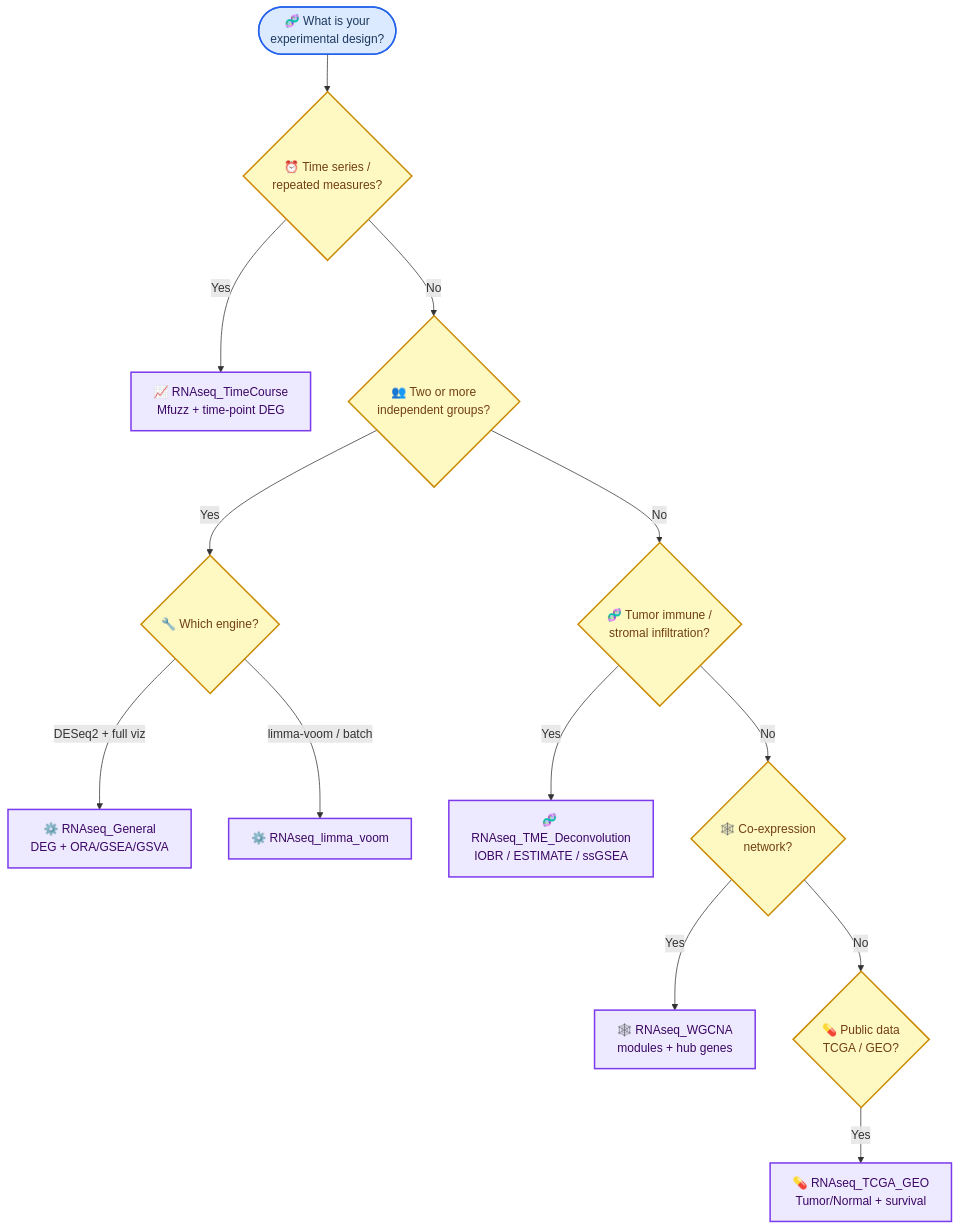
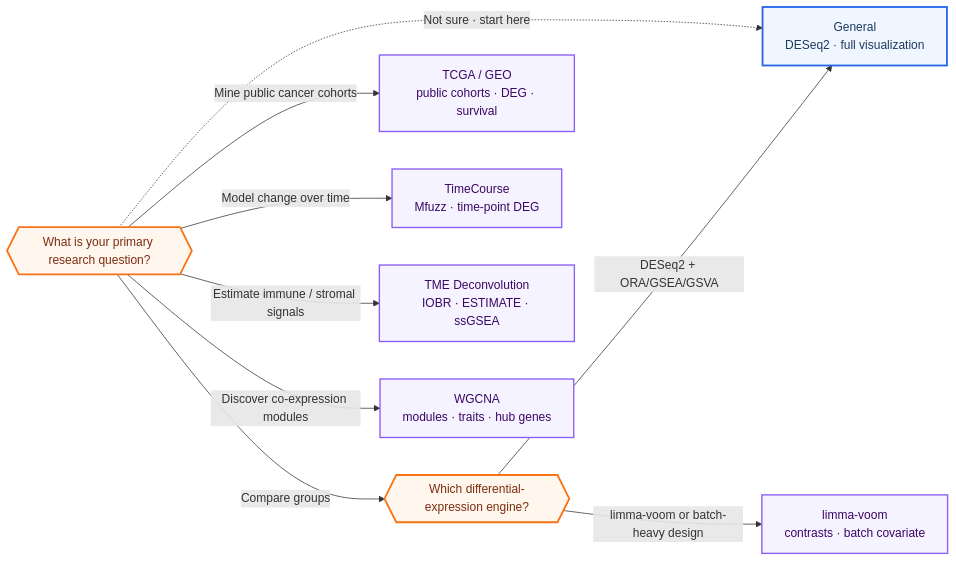
Before and after one commit to yelu61/RNAseq-Templates: the diagram in references/TEMPLATE_SELECTION.md, drawn with Mermaid. The commit also changed 4 other files, not shown here.

Commit message:
Improve Mermaid workflows and clarify TME network requirements

````diff
--- a/references/TEMPLATE_SELECTION.md
+++ b/references/TEMPLATE_SELECTION.md
@@ -18,31 +18,33 @@
 ```mermaid
-flowchart TD
+flowchart LR
     accTitle: Template Selection Decision Flow
-    accDescr: A decision tree that starts from the experimental design and routes to the recommended RNAseq notebook template based on whether the data is a time series, independent groups, tumor microenvironment, a co-expression network, or public TCGA/GEO data.
+    accDescr: Select an RNA-seq template from the primary research question. Public cohort mining, longitudinal change, immune deconvolution, and co-expression analysis route directly to specialized templates; differential expression routes to a choice between DESeq2 and limma-voom.
 
-    start([🧬 What is your<br/>experimental design?])
+    question{{"What is your primary research question?"}}
+    engine{{"Which differential-expression engine?"}}
 
-    start --> time_q{⏰ Time series /<br/>repeated measures?}
-    time_q -->|Yes| timecourse[📈 RNAseq_TimeCourse<br/>Mfuzz + time-point DEG]
-    time_q -->|No| group_q{👥 Two or more<br/>independent groups?}
+    tcga["TCGA / GEO<br/>public cohorts · DEG · survival"]
+    timecourse["TimeCourse<br/>Mfuzz · time-point DEG"]
+    tme["TME Deconvolution<br/>IOBR · ESTIMATE · ssGSEA"]
+    wgcna["WGCNA<br/>modules · traits · hub genes"]
+    general["General<br/>DESeq2 · full visualization"]
+    limma["limma-voom<br/>contrasts · batch covariate"]
 
-    group_q -->|Yes| pref_q{🔧 Which engine?}
-    pref_q -->|DESeq2 + full viz| general[⚙️ RNAseq_General<br/>DEG + ORA/GSEA/GSVA]
-    pref_q -->|limma-voom / batch| limma[⚙️ RNAseq_limma_voom]
+    question -->|"Mine public cancer cohorts"| tcga
+    question -->|"Model change over time"| timecourse
+    question -->|"Estimate immune / stromal signals"| tme
+    question -->|"Discover co-expression modules"| wgcna
+    question -->|"Compare groups"| engine
+    question -.->|"Not sure · start here"| general
 
-    group_q -->|No| tme_q{🧬 Tumor immune /<br/>stromal infiltration?}
-    tme_q -->|Yes| tme[🧬 RNAseq_TME_Deconvolution<br/>IOBR / ESTIMATE / ssGSEA]
-    tme_q -->|No| net_q{🕸️ Co-expression<br/>network?}
+    engine -->|"DESeq2 + ORA/GSEA/GSVA"| general
+    engine -->|"limma-voom or batch-heavy design"| limma
 
-    net_q -->|Yes| wgcna[🕸️ RNAseq_WGCNA<br/>modules + hub genes]
-    net_q -->|No| pub_q{💊 Public data<br/>TCGA / GEO?}
-    pub_q -->|Yes| tcga[💊 RNAseq_TCGA_GEO<br/>Tumor/Normal + survival]
+    classDef decision fill:#fff7ed,stroke:#f97316,stroke-width:2.4px,color:#7c2d12
+    classDef specialty fill:#f5f3ff,stroke:#8b5cf6,stroke-width:1.8px,color:#3b0764
+    classDef default fill:#eff6ff,stroke:#2563eb,stroke-width:2.4px,color:#1e3a5f
 
-    classDef decision fill:#fef9c3,stroke:#ca8a04,stroke-width:2px,color:#713f12
-    classDef template fill:#ede9fe,stroke:#7c3aed,stroke-width:2px,color:#3b0764
-    classDef startnode fill:#dbeafe,stroke:#2563eb,stroke-width:2px,color:#1e3a5f
-
-    class time_q,group_q,pref_q,tme_q,net_q,pub_q decision
-    class general,limma,timecourse,tme,wgcna,tcga template
-    class start startnode
+    class question,engine decision
+    class tcga,timecourse,tme,wgcna,limma specialty
+    class general default
 ```
````
